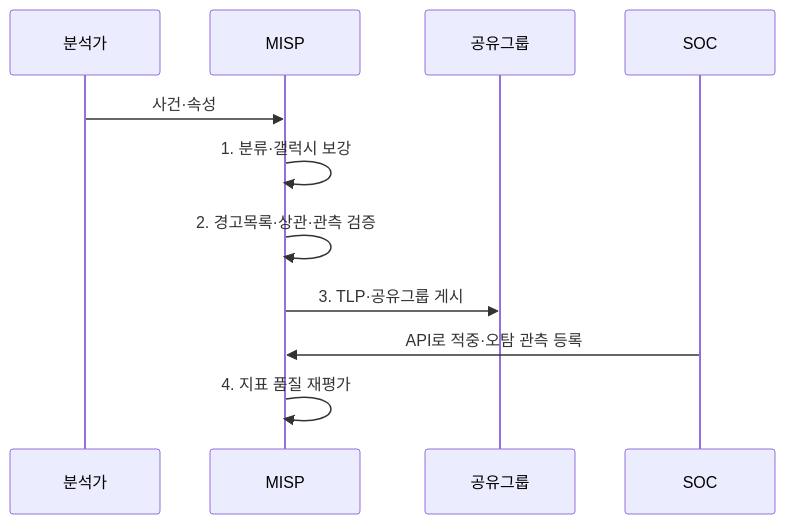
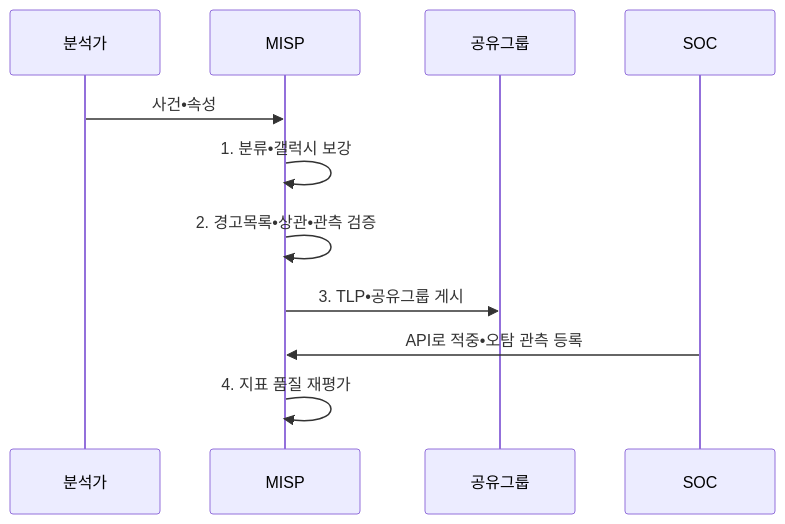
One commit to agnusdei1207/knowledge-base changed the second of 2 diagrams in src/content/docs/notes/05-security/033_misp.md. Above: the diagram before and after it, drawn with Mermaid. The commit also changed other lines of this file and 953 other files, not shown here.

````diff
--- a/src/content/docs/notes/05-security/033_misp.md
+++ b/src/content/docs/notes/05-security/033_misp.md
@@ -105,13 +105,13 @@
 ```mermaid
 sequenceDiagram
     participant 분석가
     participant MISP
     participant 공유그룹
     participant SOC
-    분석가->>MISP: 사건·속성
-    MISP->>MISP: 1. 분류·갤럭시 보강
-    MISP->>MISP: 2. 경고목록·상관·관측 검증
-    MISP->>공유그룹: 3. TLP·공유그룹 게시
-    SOC->>MISP: API로 적중·오탐 관측 등록
+    분석가->>MISP: 사건•속성
+    MISP->>MISP: 1. 분류•갤럭시 보강
+    MISP->>MISP: 2. 경고목록•상관•관측 검증
+    MISP->>공유그룹: 3. TLP•공유그룹 게시
+    SOC->>MISP: API로 적중•오탐 관측 등록
     MISP->>MISP: 4. 지표 품질 재평가
 ```
````
